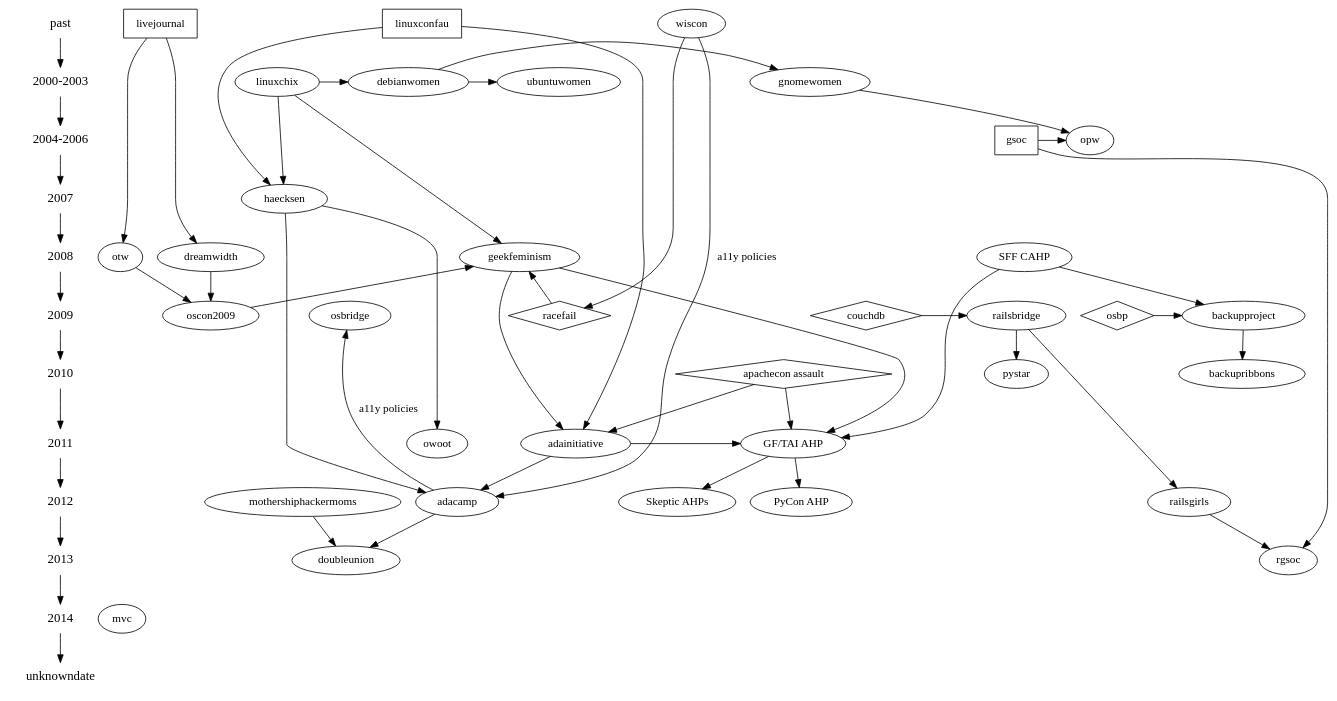
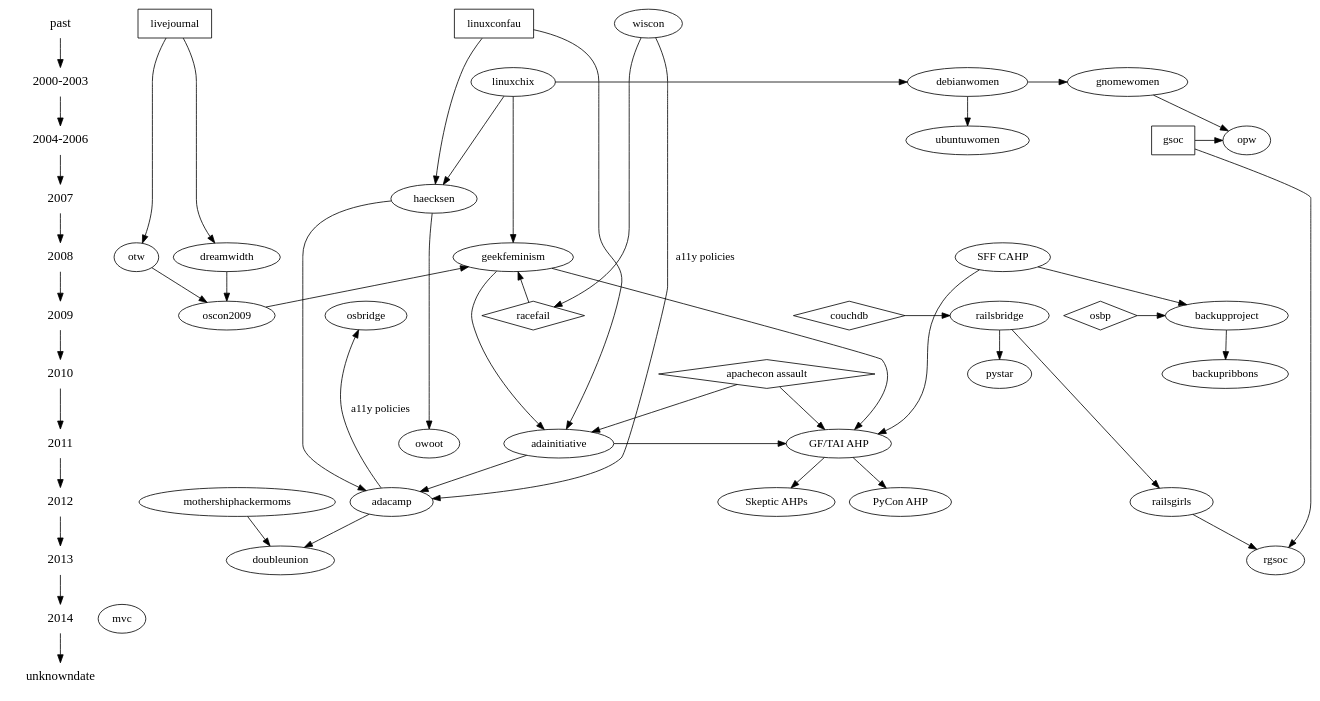
One commit to brainwane/gf-family-tree changed the diagram in gfft.dot. Above: the diagram before and after it, drawn with Graphviz. The commit also changed 1 other file, not shown here.

```diff
--- a/gfft.dot
+++ b/gfft.dot
@@ -1,137 +1,137 @@
 digraph G {
 
   /*
      The following shapes are used for different types of things:
      oval = geek feminist/women-in-tech/etc organisation
      rectangle = orgs that aren't particularly feminist, but are influential
      diamond = event/incident (cf. GF wiki "Timeline of Incidents")
   */
 
   /*
      And this section lays out the history in terms of years.
   */
 
   {
     node [shape=plaintext, fontsize=16];
     past -> "2000-2003" -> "2004-2006" -> 2007 -> 2008 -> 2009 -> 2010 -> 2011 -> 2012 -> 2013 -> 2014 -> unknowndate;
   }
   { rank = same; past; livejournal; wiscon; linuxconfau}
-  { rank = same; "2000-2003"; linuxchix; gnomewomen; ubuntuwomen; debianwomen; } /* roughly? */
-  { rank = same; "2004-2006"; gsoc; opw;}
+  { rank = same; "2000-2003"; linuxchix; gnomewomen; debianwomen; } /* roughly? */
+  { rank = same; "2004-2006"; gsoc; opw; ubuntuwomen;}
   { rank = same; 2007; haecksen; }
   { rank = same; 2008; "SFF CAHP"; geekfeminism; dreamwidth; otw; }
   { rank = same; 2009; oscon2009; racefail; couchdb; railsbridge; osbp; backupproject; osbridge; }
   { rank = same; 2010; "apachecon assault"; backupribbons;}
   { rank = same; 2011; adainitiative; "GF/TAI AHP"; owoot }
   { rank = same; 2012; adacamp; railsgirls; "Skeptic AHPs"; "PyCon AHP";}
   { rank = same; 2013; doubleunion; rgsoc; }
   { rank = same; 2014; mvc }
   { rank = same; unknowndate; }
 
   /* Skud set up the GF wiki in 2008, mostly inspired by earlier "women
    * in open source" communities such as linuxchix */
   linuxchix -> geekfeminism;
 
   /* in 2009, Racefail introduced Skud and other GF wiki contributors to
    * a lot of new ideas */
   racefail -> geekfeminism;
   racefail [shape=diamond];
 
   /* in 2010, the Noirin Plunkett's assault at ApacheCon triggered
    * discussions about anti-harassment that would lead to the formation
    * of the Ada Initiative */
   "apachecon assault" -> adainitiative;
   "apachecon assault" [shape=diamond];
 
   /* GF (esp. volunteer burnout) was an influence on TAI */
   geekfeminism -> adainitiative;
 
   /* The first TAI discussions were held at LCA */
   linuxconfau -> adainitiative;
   linuxconfau [shape=rectangle];
 
   /* TAI wrote the first conf anti-harassment poilcy in response to the
    * apachecon assault */
   "apachecon assault" -> "GF/TAI AHP"
   "geekfeminism" -> "GF/TAI AHP"
   "adainitiative" -> "GF/TAI AHP"
 
   /* The Con Anti-Harassment Policy (out of SFF fandom) also inspired it */
   "SFF CAHP" -> "GF/TAI AHP"
 
   /* Vaguely related: Open Source Boob Project and Backup Project */
   osbp -> backupproject
   osbp [shape=diamond]
   "SFF CAHP" -> backupproject
   backupproject -> backupribbons;
 
   /* The GF/TAI AHP inspired the PyCon variant */
   "GF/TAI AHP" -> "PyCon AHP";
 
   /* The GF/TAI AHP inspired the skeptic variants */
   "GF/TAI AHP" -> "Skeptic AHPs"
 
   adainitiative -> adacamp;
 
   /* Adacamp was inspired in some ways by Wiscon, eg. accessibility */
   wiscon -> adacamp [label="a11y policies"];
   /* and then open source bridge picked up some of that from adacamp */
   adacamp -> osbridge [label="a11y policies"];
 
   /* DoubleUnion came out of AdaCamp SF in 2013 */
   adacamp -> doubleunion;
   /* pretty sure mothership hackermoms was also an inspiration? */
   mothershiphackermoms -> doubleunion;
 
   /* Various early women-in-open-source mailing lists etc */
   linuxchix -> debianwomen;
   debianwomen -> ubuntuwomen;
   /* Direct ancestry, because Hanna Wallach did debianwomen first and
    * then GNOME Women, and was never a big participant in LinuxChix*/
   debianwomen -> gnomewomen;
   haecksen -> owoot;
 
   /* Gnome Outreach Program for Women, now FOSS OPW */
   gnomewomen -> opw;
   /* "The Outreach Program for Women (OPW) was inspired by Google's
    * Summer of Code and by how few women applied for it."
    * via gnome.org/opw (why can't I include double slashes in a comment?)
    */
   gsoc -> opw;
   gsoc [shape=rectangle]
 
   /* LinuxChix inspired the Haecksen miniconf at LCA */
   linuxchix -> haecksen;
   linuxconfau -> haecksen;
 
   /* Both creations of Mary Gardiner's, one of the inputs to AdaCamp is
      what wasn't possible with Haecksen */
   haecksen -> adacamp;
 
   /* RailsBridge happened in response to the CouchDB incident at
    * GoGaRuCo */
   couchdb -> railsbridge;
   couchdb [shape=diamond];
   railsbridge -> pystar;
   railsbridge -> railsgirls;
 
   /* There's now a rails girls summer of code */
 
   railsgirls -> rgsoc;
   gsoc -> rgsoc;
 
   wiscon -> racefail;
 
   /* Livejournal (esp. their fail) inspired DW and OTW */
   livejournal -> dreamwidth;
   livejournal -> otw;
   livejournal [shape=rectangle]
 
   /* Dreamwidth and OTW inspired Skud's 2009 OSCON keynote */
   dreamwidth -> oscon2009;
   otw -> oscon2009;
 
   /* GF blog came out of the oscon2009 keynote, as a place to have
    * ongoing conversations */
   oscon2009 -> geekfeminism;
 }
```
